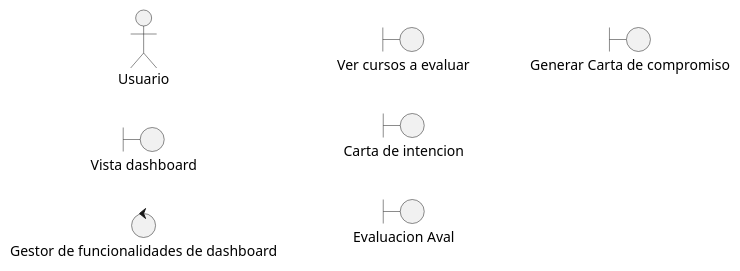
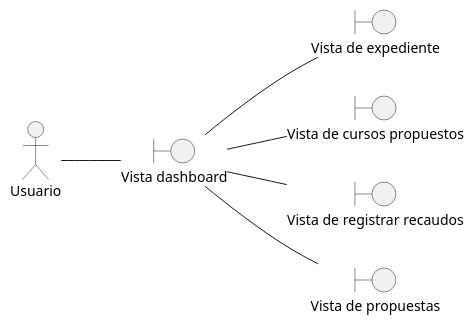
One commit to Samantha-Ramirez/ProyectoEquipo7ING changed the diagram in docs/scenariosView/DisciplinaDeAnalisisDiagramaDeClaseVerDashboard.plantuml. Above: the diagram before and after it, drawn with PlantUML. The commit also changed 11 other files, not shown here.

```diff
--- a/docs/scenariosView/DisciplinaDeAnalisisDiagramaDeClaseVerDashboard.plantuml
+++ b/docs/scenariosView/DisciplinaDeAnalisisDiagramaDeClaseVerDashboard.plantuml
@@ -1,15 +1,17 @@
 @startuml DisciplinaDeAnalisisDiagramaDeClaseVerDashboard
 left to right direction
 
 actor "Usuario" as actorUsuario
 
 boundary "Vista dashboard" as vistaDashboard
-
-control "Gestor de funcionalidades de dashboard" as ctrlGestorDashboard
-
-boundary "Ver cursos a evaluar" as dashboard
-boundary "Carta de intencion" as Carta_intencion
-boundary "Evaluacion Aval" as Aval
-boundary "Generar Carta de compromiso" as mostrar_carta_compromiso
+boundary "Vista de expediente" as vistaExpediente
+boundary "Vista de cursos propuestos" as vistaCursosPropuestos
+boundary "Vista de registrar recaudos" as vistaRecaudos
+boundary "Vista de propuestas" as vistaPropuestas
+actorUsuario -- vistaDashboard
+vistaDashboard -- vistaExpediente
+vistaDashboard -- vistaCursosPropuestos
+vistaDashboard -- vistaRecaudos
+vistaDashboard -- vistaPropuestas
 
 @enduml
```
